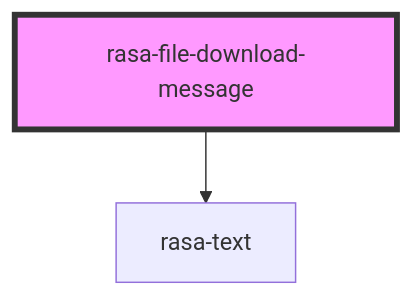
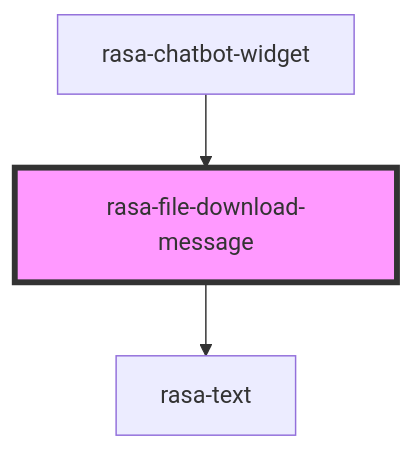
Before and after one commit to RasaHQ/chat-widget: the diagram in packages/web-component/src/components/file-download-message/readme.md, drawn with Mermaid. The commit also changed other lines of this file and 41 other files, not shown here.

````diff
--- a/packages/web-component/src/components/file-download-message/readme.md
+++ b/packages/web-component/src/components/file-download-message/readme.md
@@ -24,5 +28,6 @@
 ```mermaid
 graph TD;
   rasa-file-download-message --> rasa-text
+  rasa-chatbot-widget --> rasa-file-download-message
   style rasa-file-download-message fill:#f9f,stroke:#333,stroke-width:4px
 ```
````
